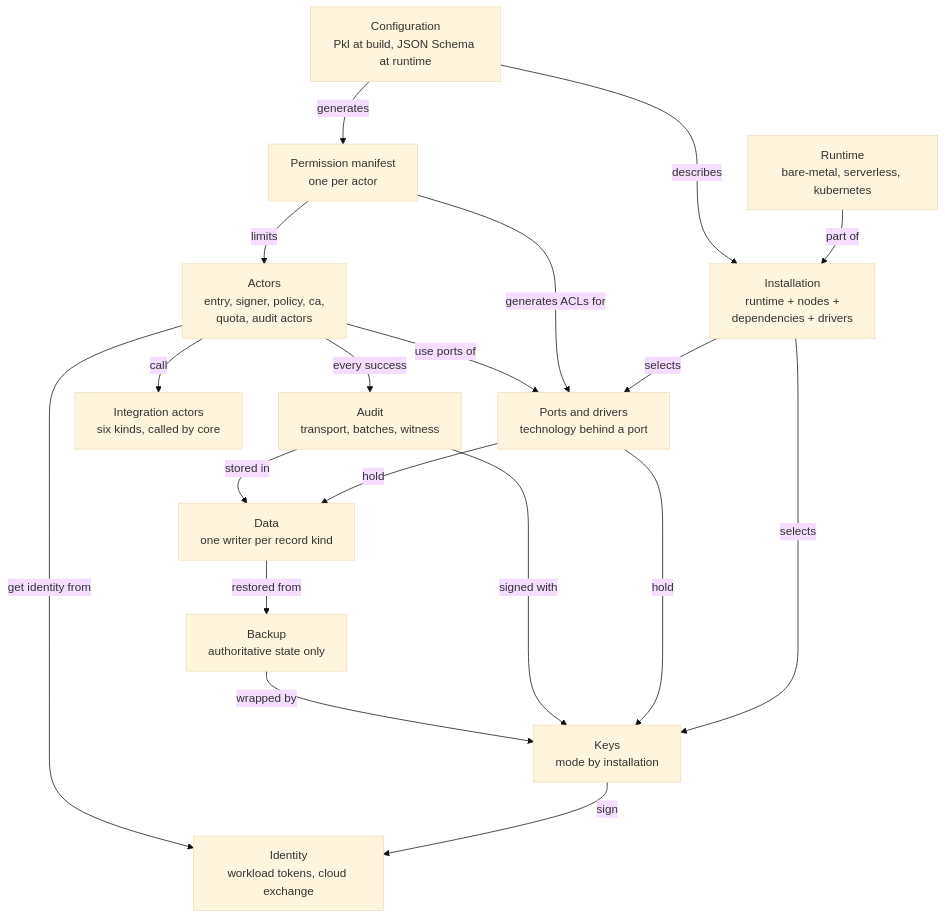
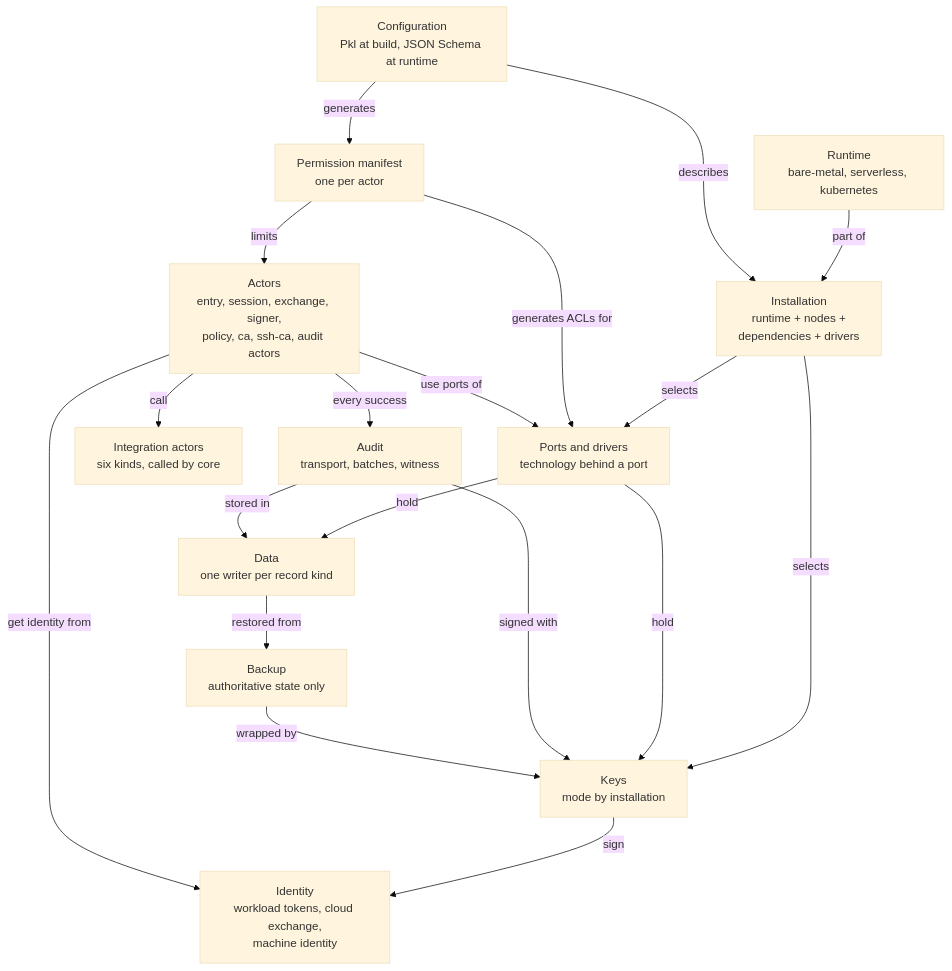
Before and after one commit to truvity/sluis: the diagram in docs/concepts/index.md, drawn with Mermaid (base theme). The commit also changed other lines of this file and 33 other files, not shown here.

First line of the commit message:
docs(site): federation, defence in depth and machine identity

````diff
--- a/docs/concepts/index.md
+++ b/docs/concepts/index.md
@@ -11,34 +11,34 @@
 ```mermaid
 flowchart TB
   env["Runtime<br/>bare-metal, serverless, kubernetes"]
   inst["Installation<br/>runtime + nodes +<br/>dependencies + drivers"]
   manifest["Permission manifest<br/>one per actor"]
-  actors["Actors<br/>entry, signer, policy, ca,<br/>quota, audit actors"]
+  actors["Actors<br/>entry, session, exchange, signer,<br/>policy, ca, ssh-ca, audit actors"]
   drivers["Ports and drivers<br/>technology behind a port"]
   integ["Integration actors<br/>six kinds, called by core"]
   keys["Keys<br/>mode by installation"]
-  ident["Identity<br/>workload tokens, cloud exchange"]
+  ident["Identity<br/>workload tokens, cloud exchange,<br/>machine identity"]
   config["Configuration<br/>Pkl at build, JSON Schema at runtime"]
   data["Data<br/>one writer per record kind"]
   backup["Backup<br/>authoritative state only"]
   audit["Audit<br/>transport, batches, witness"]
 
   env -->|"part of"| inst
   inst -->|"selects"| drivers
   inst -->|"selects"| keys
   config -->|"describes"| inst
   config -->|"generates"| manifest
   manifest -->|"limits"| actors
   manifest -->|"generates ACLs for"| drivers
   actors -->|"use ports of"| drivers
   actors -->|"call"| integ
   drivers -->|"hold"| keys
   drivers -->|"hold"| data
   keys -->|"sign"| ident
   actors -->|"get identity from"| ident
   actors -->|"every success"| audit
   audit -->|"stored in"| data
   audit -->|"signed with"| keys
   data -->|"restored from"| backup
   backup -->|"wrapped by"| keys
 ```
````
